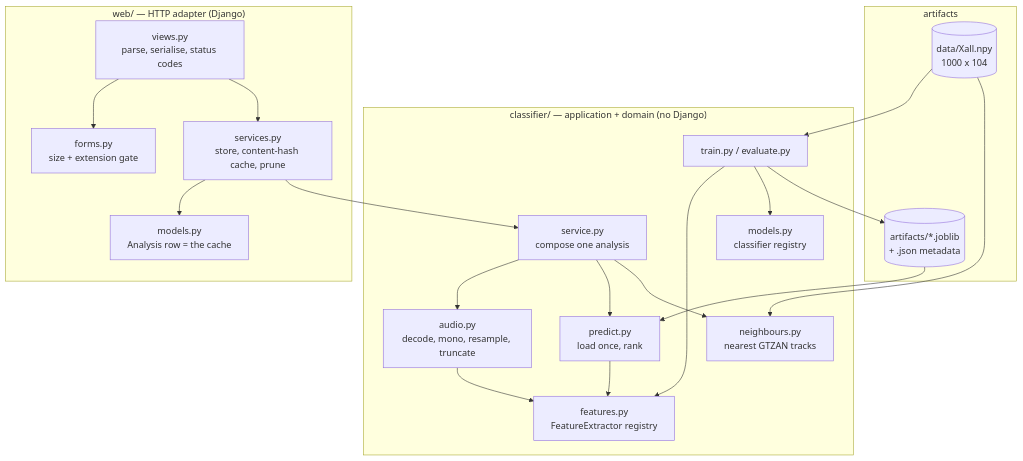
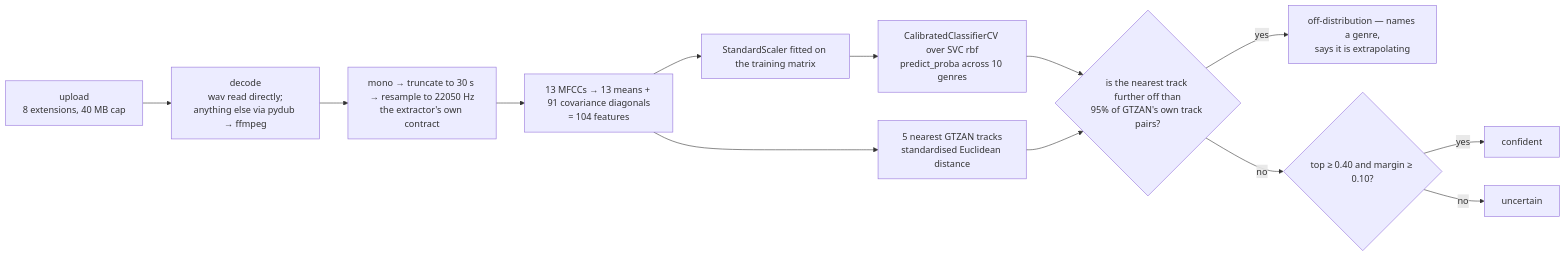
One commit to dev-sas002/audio-genre-tagger changed the first of 2 diagrams in README.md. Above: the diagram before and after it, drawn with Mermaid. The commit also changed other lines of this file, not shown here.

````diff
--- a/README.md
+++ b/README.md
@@ -44,40 +69,15 @@
 ```mermaid
-flowchart TB
-    subgraph web["web/ — HTTP adapter (Django)"]
-        V["views.py<br/>parse, serialise, status codes"]
-        FORM["forms.py<br/>size + extension gate"]
-        WS["services.py<br/>store, content-hash cache, prune"]
-        MODEL["models.py<br/>Analysis row = the cache"]
-    end
-
-    subgraph app["classifier/ — application + domain (no Django)"]
-        SVC["service.py<br/>compose one analysis"]
-        AUD["audio.py<br/>decode, mono, resample, truncate"]
-        FEAT["features.py<br/>FeatureExtractor registry"]
-        PRED["predict.py<br/>load once, rank"]
-        NB["neighbours.py<br/>nearest GTZAN tracks"]
-        MDL["models.py<br/>classifier registry"]
-        TRN["train.py / evaluate.py"]
-    end
-
-    subgraph data["artifacts"]
-        NPY[("data/Xall.npy<br/>1000 x 104")]
-        JOB[("artifacts/*.joblib<br/>+ .json metadata")]
-    end
-
-    V --> FORM
-    V --> WS
-    WS --> MODEL
-    WS --> SVC
-    SVC --> AUD
-    SVC --> PRED
-    SVC --> NB
-    AUD --> FEAT
-    PRED --> FEAT
-    TRN --> FEAT
-    TRN --> MDL
-    NPY --> TRN
-    NPY --> NB
-    TRN --> JOB
-    JOB --> PRED
+flowchart LR
+    U["upload<br/>8 extensions, 40 MB cap"] --> DEC["decode<br/>wav read directly;<br/>anything else via pydub → ffmpeg"]
+    DEC --> PP["mono → truncate to 30 s → resample to 22050 Hz<br/>the extractor's own contract"]
+    PP --> MF["13 MFCCs → 13 means + 91 covariance diagonals<br/>= 104 features"]
+    MF --> SC["StandardScaler fitted on the training matrix"]
+    MF --> NN["5 nearest GTZAN tracks<br/>standardised Euclidean distance"]
+    SC --> SVM["CalibratedClassifierCV over SVC rbf<br/>predict_proba across 10 genres"]
+    SVM --> V{"is the nearest track further off than<br/>95% of GTZAN's own track pairs?"}
+    NN --> V
+    V -- yes --> OOD["off-distribution — names a genre,<br/>says it is extrapolating"]
+    V -- no --> CB{"top ≥ 0.40 and margin ≥ 0.10?"}
+    CB -- yes --> CONF["confident"]
+    CB -- no --> UNC["uncertain"]
 ```
````
